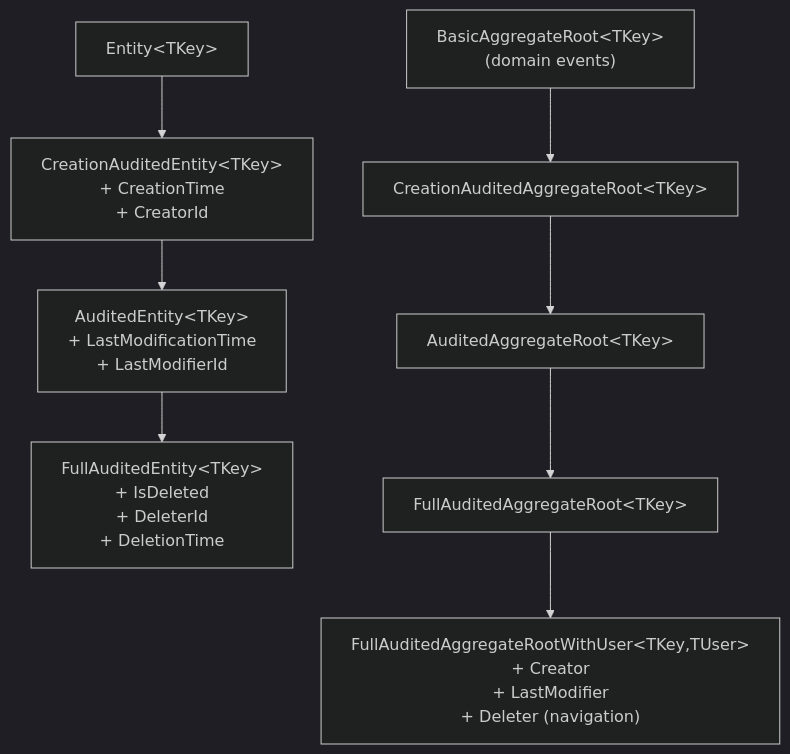
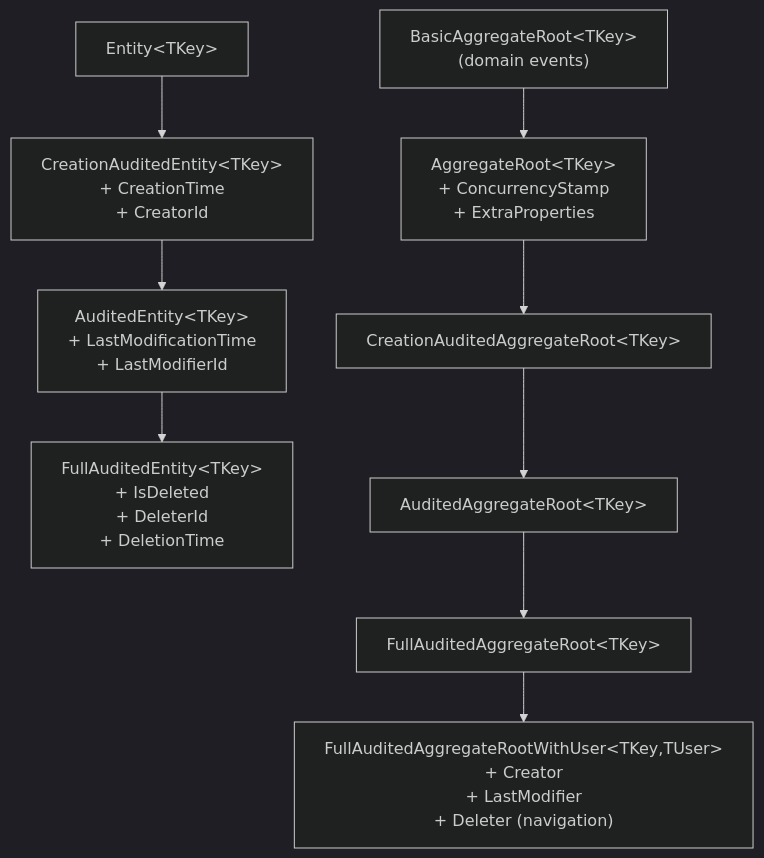
The diagram in ddd/entities-and-aggregates.mdx (mintlify-atlas/docs-wiki-77697fc1), drawn with Mermaid (dark theme) before and after one commit. The commit also changed other lines of this file and 37 other files, not shown here.

````diff
--- a/ddd/entities-and-aggregates.mdx
+++ b/ddd/entities-and-aggregates.mdx
@@ -146,16 +154,17 @@
 ```mermaid
 graph TD
     E["Entity&lt;TKey&gt;"]
     CE["CreationAuditedEntity&lt;TKey&gt;\n+ CreationTime\n+ CreatorId"]
     AE["AuditedEntity&lt;TKey&gt;\n+ LastModificationTime\n+ LastModifierId"]
     FE["FullAuditedEntity&lt;TKey&gt;\n+ IsDeleted\n+ DeleterId\n+ DeletionTime"]
 
     BA["BasicAggregateRoot&lt;TKey&gt;\n(domain events)"]
+    AR["AggregateRoot&lt;TKey&gt;\n+ ConcurrencyStamp\n+ ExtraProperties"]
     CA["CreationAuditedAggregateRoot&lt;TKey&gt;"]
     AA["AuditedAggregateRoot&lt;TKey&gt;"]
     FA["FullAuditedAggregateRoot&lt;TKey&gt;"]
     FAU["FullAuditedAggregateRootWithUser&lt;TKey,TUser&gt;\n+ Creator\n+ LastModifier\n+ Deleter (navigation)"]
 
     E --> CE --> AE --> FE
-    BA --> CA --> AA --> FA --> FAU
+    BA --> AR --> CA --> AA --> FA --> FAU
 ```
````
